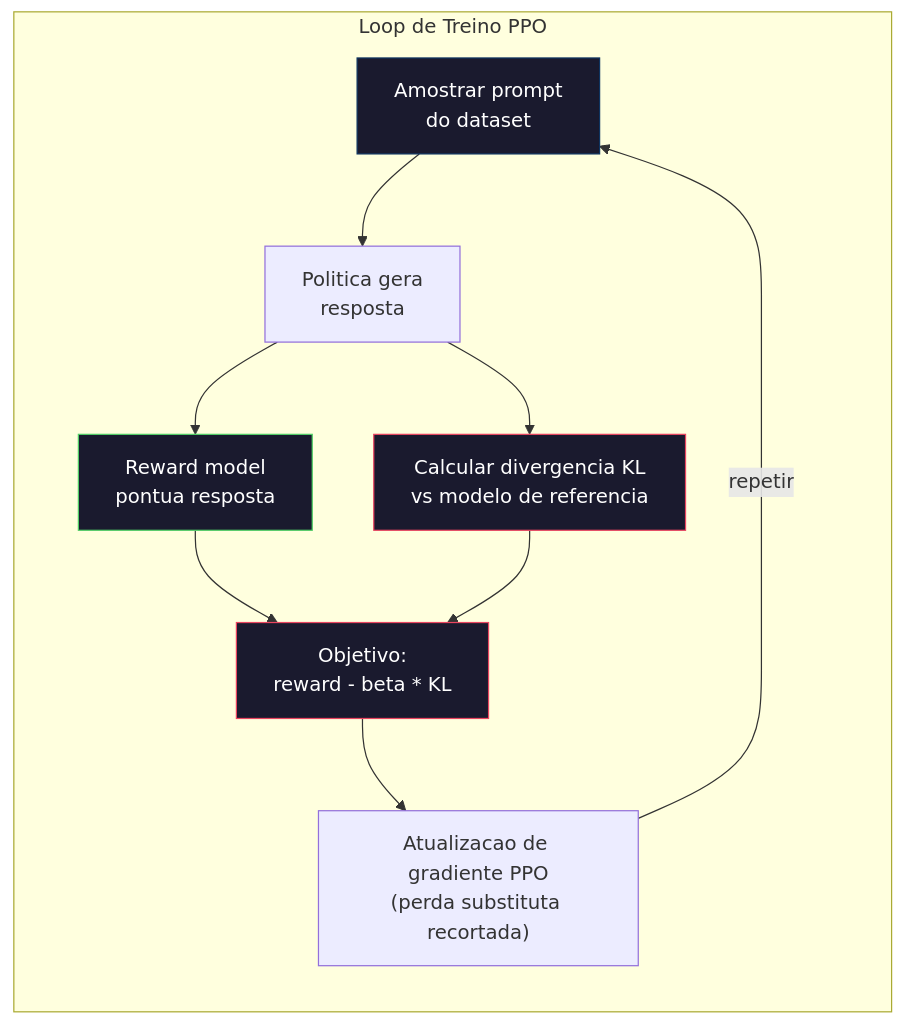
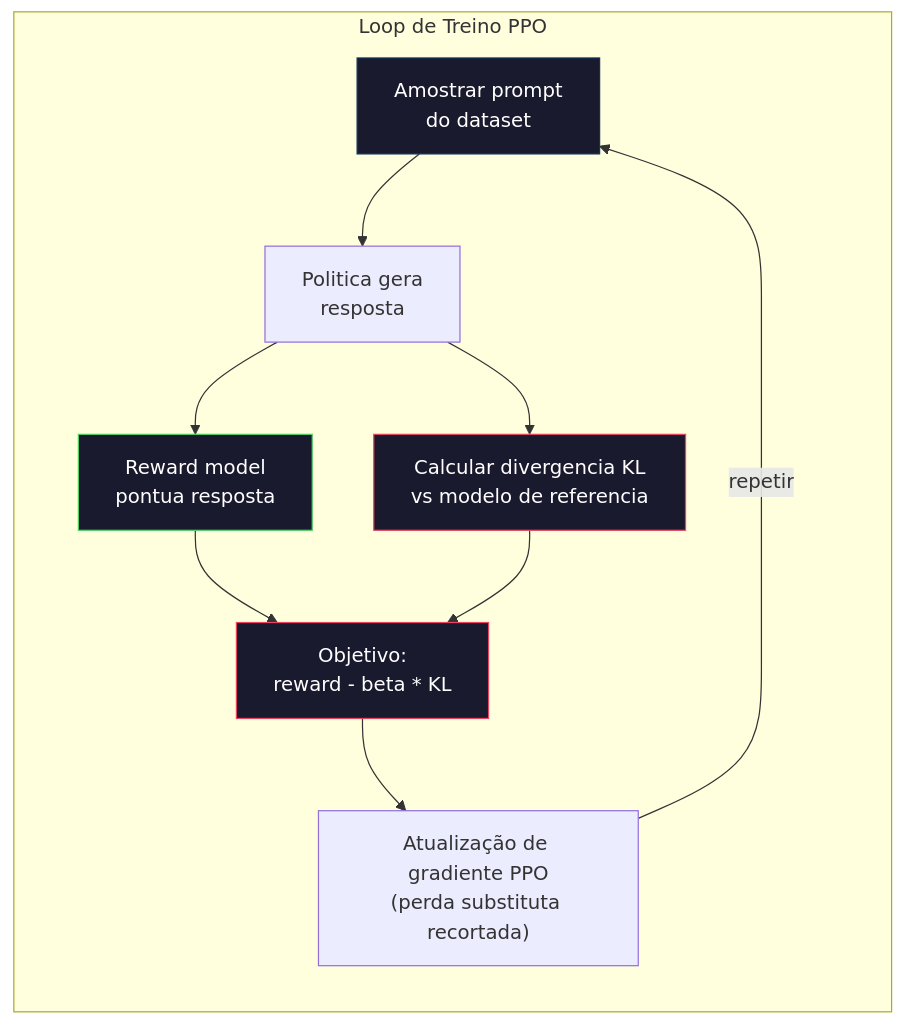
The second of 2 diagrams in phases/10-llms-from-scratch/07-rlhf/docs/pt-br.md (K3lvin-dev/ai-engineering-from-scratch), drawn with Mermaid before and after one commit. The commit also changed other lines of this file and 23 other files, not shown here.

````diff
--- a/phases/10-llms-from-scratch/07-rlhf/docs/pt-br.md
+++ b/phases/10-llms-from-scratch/07-rlhf/docs/pt-br.md
@@ -115,18 +115,18 @@
 ```mermaid
 graph LR
     subgraph PPO["Loop de Treino PPO"]
         direction TB
         PROMPT["Amostrar prompt\ndo dataset"] --> GEN["Politica gera\nresposta"]
         GEN --> SCORE["Reward model\npontua resposta"]
         GEN --> KL["Calcular divergencia KL\nvs modelo de referencia"]
         SCORE --> OBJ["Objetivo:\nreward - beta * KL"]
         KL --> OBJ
-        OBJ --> UPDATE["Atualizacao de gradiente PPO\n(perda substituta recortada)"]
+        OBJ --> UPDATE["Atualização de gradiente PPO\n(perda substituta recortada)"]
         UPDATE --> |"repetir"| PROMPT
     end
 
     style PROMPT fill:#1a1a2e,stroke:#0f3460,color:#fff
     style SCORE fill:#1a1a2e,stroke:#51cf66,color:#fff
     style KL fill:#1a1a2e,stroke:#e94560,color:#fff
     style OBJ fill:#1a1a2e,stroke:#e94560,color:#fff
 ```
````
